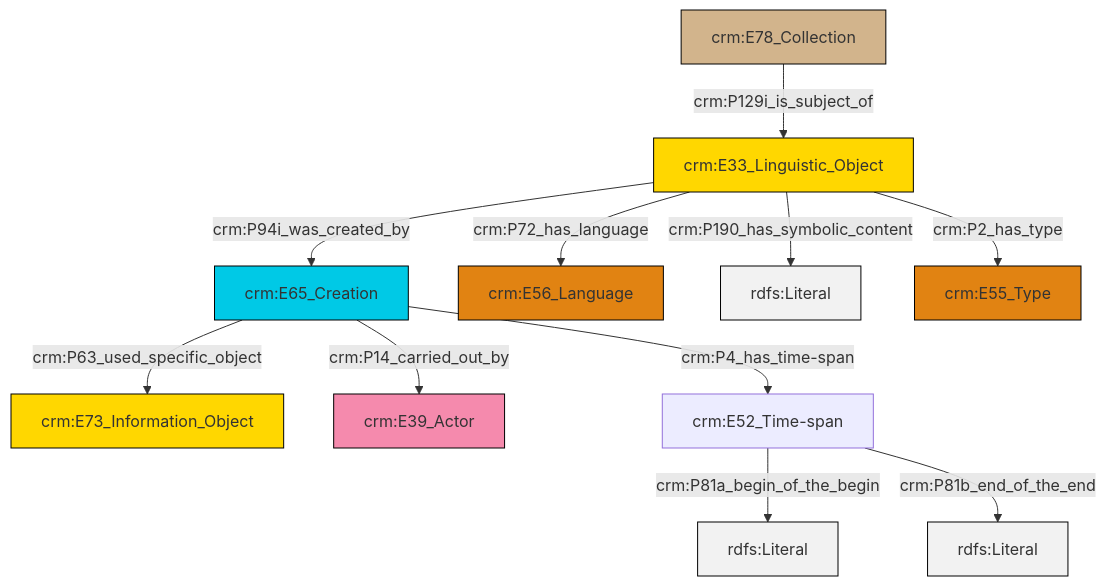
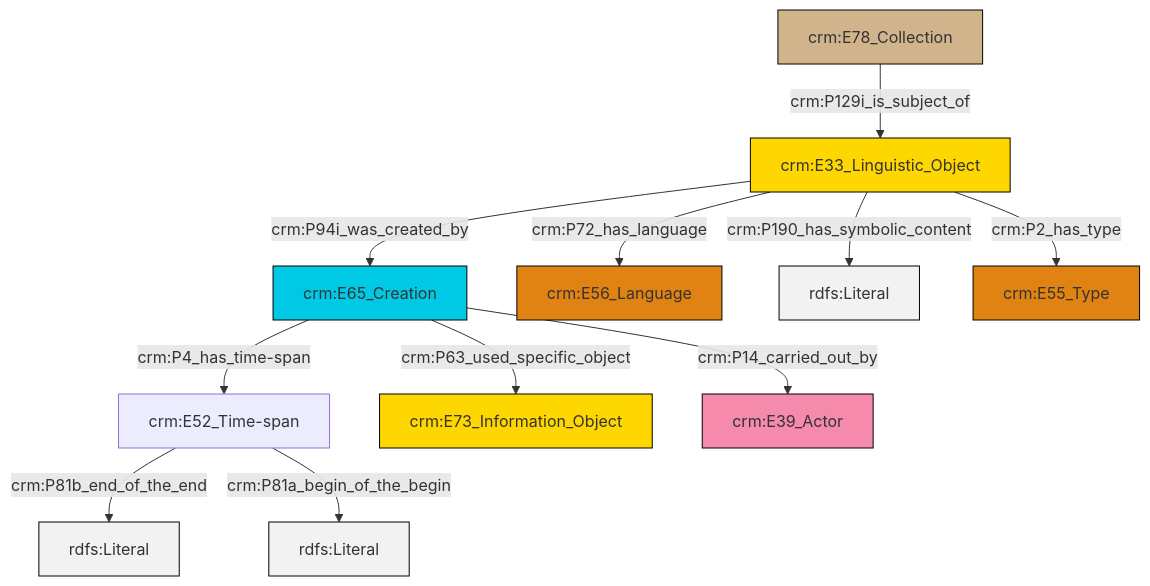
The diagram in et/archivalCSV/ttl/mmd/archival_desc.ttl.mmd (swiss-art-research-net/docs.swissartresearch), drawn with Mermaid before and after one commit. The commit also changed 177 other files, not shown here.

```diff
--- a/et/archivalCSV/ttl/mmd/archival_desc.ttl.mmd
+++ b/et/archivalCSV/ttl/mmd/archival_desc.ttl.mmd
@@ -1,25 +1,25 @@
 graph TD
 classDef Literal fill:#f2f2f2,stroke:#000000;
 classDef CRM_Entity fill:#FFFFFF,stroke:#000000;
 classDef Temporal_Entity fill:#00C9E6, stroke:#000000;
 classDef Type fill:#E18312, stroke:#000000;
 classDef Time-Span fill:#2C9C91, stroke:#000000;
 classDef Appellation fill:#FFEB7F, stroke:#000000;
 classDef Place fill:#008836, stroke:#000000;
 classDef Persistent_Item fill:#B266B2, stroke:#000000;
 classDef Conceptual_Object fill:#FFD700, stroke:#000000;
 classDef Physical_Thing fill:#D2B48C, stroke:#000000;
 classDef Actor fill:#f58aad, stroke:#000000;
 classDef PC_Classes fill:#4ce600, stroke:#000000;
 classDef Multi fill:#cccccc,stroke:#000000;
 
-2["crm:E33_Linguistic_Object"]:::Conceptual_Object -->|crm:P72_has_language| 3["crm:E56_Language"]:::Type
-2["crm:E33_Linguistic_Object"]:::Conceptual_Object -->|crm:P94i_was_created_by| 0["crm:E65_Creation"]:::Temporal_Entity
-8["crm:E78_Collection"]:::Physical_Thing -->|crm:P129i_is_subject_of| 2["crm:E33_Linguistic_Object"]:::Conceptual_Object
-9["crm:E52_Time-span"]:::Default -->|crm:P81a_begin_of_the_begin| 10[rdfs:Literal]:::Literal
-0["crm:E65_Creation"]:::Temporal_Entity -->|crm:P4_has_time-span| 9["crm:E52_Time-span"]:::Default
-2["crm:E33_Linguistic_Object"]:::Conceptual_Object -->|crm:P190_has_symbolic_content| 13[rdfs:Literal]:::Literal
-0["crm:E65_Creation"]:::Temporal_Entity -->|crm:P63_used_specific_object| 4["crm:E73_Information_Object"]:::Conceptual_Object
-9["crm:E52_Time-span"]:::Default -->|crm:P81b_end_of_the_end| 14[rdfs:Literal]:::Literal
-2["crm:E33_Linguistic_Object"]:::Conceptual_Object -->|crm:P2_has_type| 17["crm:E55_Type"]:::Type
-0["crm:E65_Creation"]:::Temporal_Entity -->|crm:P14_carried_out_by| 6["crm:E39_Actor"]:::Actor
+4["crm:E33_Linguistic_Object"]:::Conceptual_Object -->|crm:P190_has_symbolic_content| 5[rdfs:Literal]:::Literal
+0["crm:E65_Creation"]:::Temporal_Entity -->|crm:P4_has_time-span| 6["crm:E52_Time-span"]:::Default
+4["crm:E33_Linguistic_Object"]:::Conceptual_Object -->|crm:P94i_was_created_by| 0["crm:E65_Creation"]:::Temporal_Entity
+6["crm:E52_Time-span"]:::Default -->|crm:P81b_end_of_the_end| 9[rdfs:Literal]:::Literal
+0["crm:E65_Creation"]:::Temporal_Entity -->|crm:P63_used_specific_object| 12["crm:E73_Information_Object"]:::Conceptual_Object
+0["crm:E65_Creation"]:::Temporal_Entity -->|crm:P14_carried_out_by| 13["crm:E39_Actor"]:::Actor
+6["crm:E52_Time-span"]:::Default -->|crm:P81a_begin_of_the_begin| 16[rdfs:Literal]:::Literal
+4["crm:E33_Linguistic_Object"]:::Conceptual_Object -->|crm:P2_has_type| 7["crm:E55_Type"]:::Type
+4["crm:E33_Linguistic_Object"]:::Conceptual_Object -->|crm:P72_has_language| 2["crm:E56_Language"]:::Type
+10["crm:E78_Collection"]:::Physical_Thing -->|crm:P129i_is_subject_of| 4["crm:E33_Linguistic_Object"]:::Conceptual_Object
```
